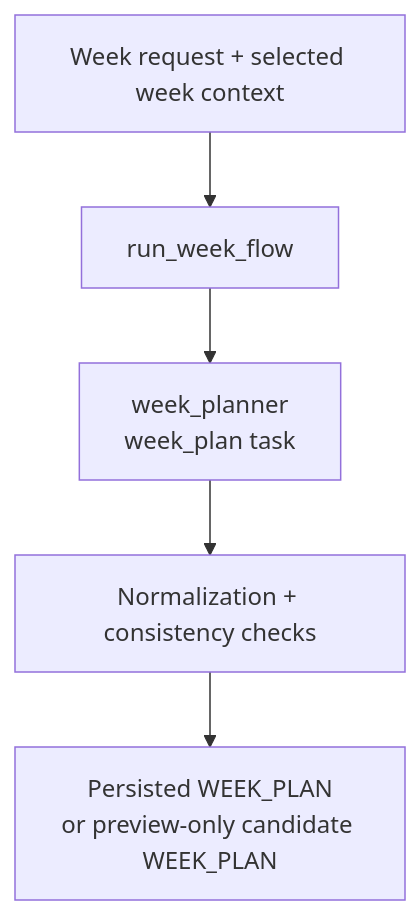
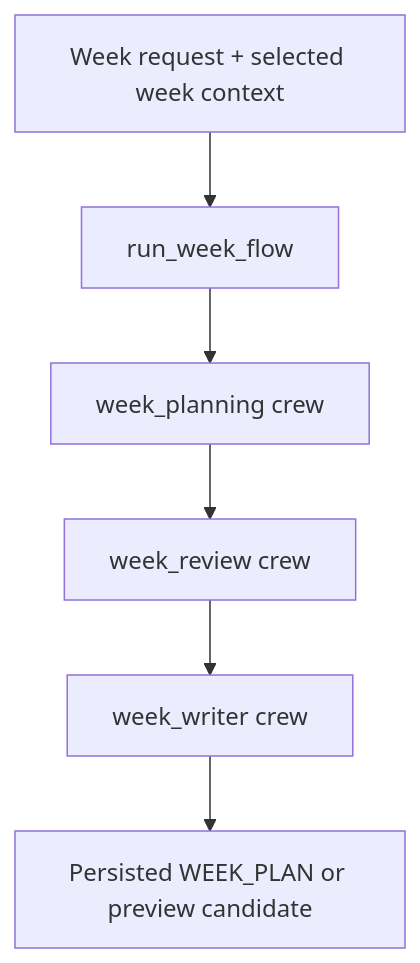
Before and after one commit to albauer-priv/RPS: the fourth of 6 diagrams in doc/architecture/crewai_flows.md, drawn with Mermaid. The commit also changed other lines of this file and 5 other files, not shown here.

Commit message:
docs: update crewai skills and planning architecture

````diff
--- a/doc/architecture/crewai_flows.md
+++ b/doc/architecture/crewai_flows.md
@@ -240,9 +176,8 @@
 ```mermaid
 flowchart TD
   INPUT["Week request + selected week context"] --> OUTER["run_week_flow"]
-  OUTER --> WEEK["week_planner
-week_plan task"]
-  WEEK --> NORMALIZE["Normalization + consistency checks"]
-  NORMALIZE --> OUTPUT["Persisted WEEK_PLAN
-or preview-only candidate WEEK_PLAN"]
+  OUTER --> PLAN["week_planning crew"]
+  PLAN --> REVIEW["week_review crew"]
+  REVIEW --> WRITER["week_writer crew"]
+  WRITER --> OUTPUT["Persisted WEEK_PLAN or preview candidate"]
 ```
````
